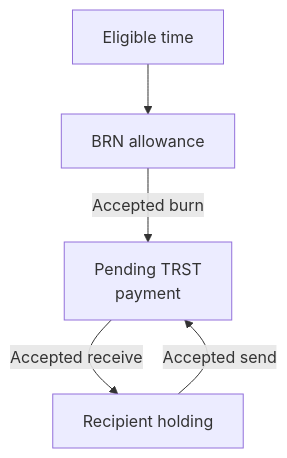
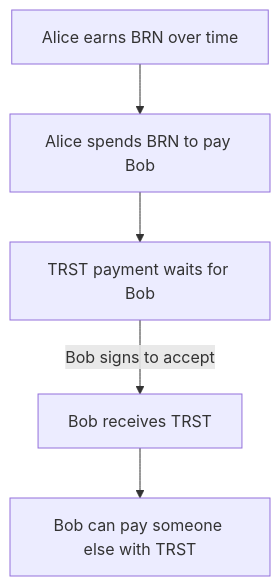
One commit to BURST-UBI/protocol changed the first of 2 diagrams in docs/introduction/ECONOMICS.md. Above: the diagram before and after it, drawn with Mermaid. The commit also changed other lines of this file and 23 other files, not shown here.

Commit message:
Explain the protocol in context and distinguish BRN from TRST

````diff
--- a/docs/introduction/ECONOMICS.md
+++ b/docs/introduction/ECONOMICS.md
@@ -17,9 +13,9 @@
 ```mermaid
 flowchart TD
-    accTitle: From allowance to payment
-    accDescr: Eligible time accrues BRN. An accepted burn creates pending TRST. An accepted receive delivers it. Sending existing TRST creates another pending payment without issuing new value.
-    A[Eligible time] --> B[BRN allowance]
-    B -->|Accepted burn| C["Pending TRST<br/>payment"]
-    C -->|Accepted receive| D[Recipient holding]
-    D -->|Accepted send| C
+    accTitle: Personal income becomes a payment
+    accDescr: Alice earns BRN over time. Spending it creates a pending TRST payment. Bob signs to accept it, then can pay someone else using the same TRST.
+    A[Alice earns BRN over time] --> B[Alice spends BRN to pay Bob]
+    B --> C[TRST payment waits for Bob]
+    C -->|Bob signs to accept| D[Bob receives TRST]
+    D --> E[Bob can pay someone else with TRST]
 ```
````
